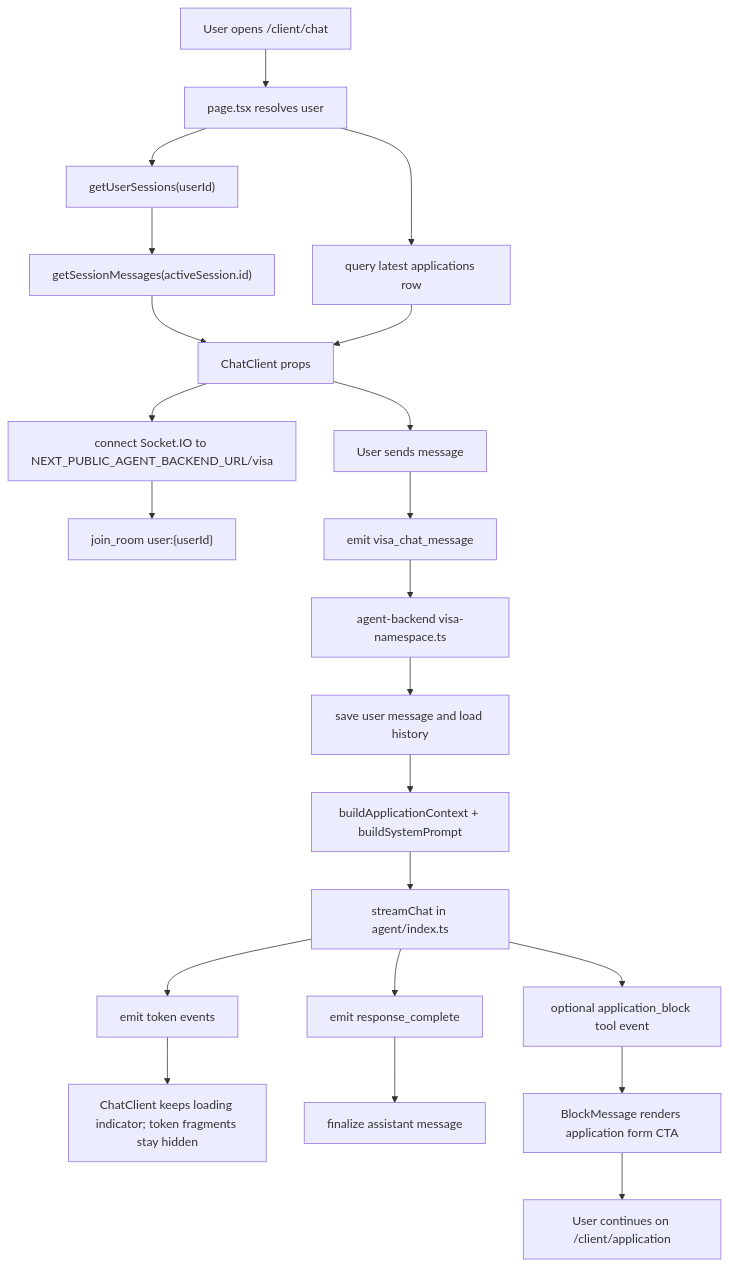
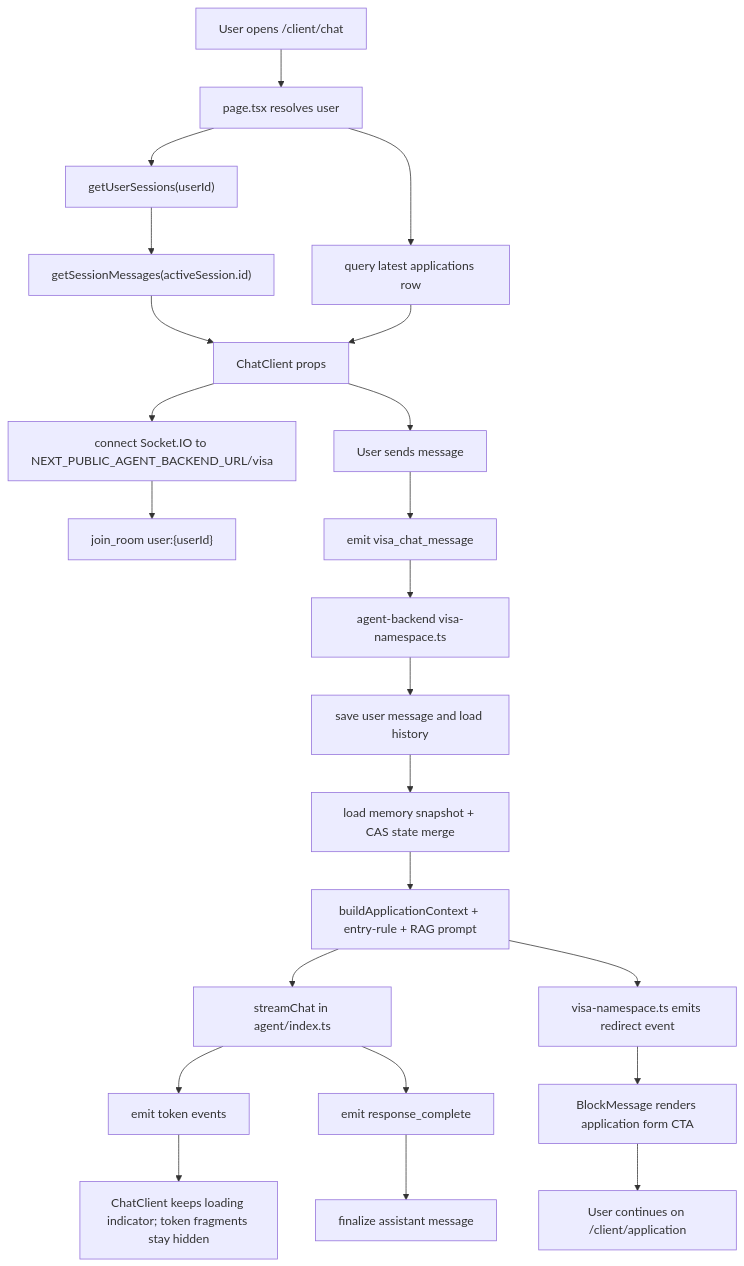
The diagram in docs/viza-ai-chat-development-guide.md (Nanan-Holdings/VIZA-monorepo), drawn with Mermaid before and after one commit. The commit also changed other lines of this file and 34 other files, not shown here.

````diff
--- a/docs/viza-ai-chat-development-guide.md
+++ b/docs/viza-ai-chat-development-guide.md
@@ -53,24 +53,25 @@
 ```mermaid
 flowchart TD
   A["User opens /client/chat"] --> B["page.tsx resolves user"]
   B --> C["getUserSessions(userId)"]
   C --> C2["getSessionMessages(activeSession.id)"]
   B --> D["query latest applications row"]
   C2 --> E["ChatClient props"]
   D --> E
   E --> F["connect Socket.IO to NEXT_PUBLIC_AGENT_BACKEND_URL/visa"]
   F --> G["join_room user:{userId}"]
   E --> H["User sends message"]
   H --> I["emit visa_chat_message"]
   I --> J["agent-backend visa-namespace.ts"]
   J --> K["save user message and load history"]
-  K --> L["buildApplicationContext + buildSystemPrompt"]
+  K --> K2["load memory snapshot + CAS state merge"]
+  K2 --> L["buildApplicationContext + entry-rule + RAG prompt"]
   L --> M["streamChat in agent/index.ts"]
+  L --> P["visa-namespace.ts emits redirect event"]
   M --> N["emit token events"]
   M --> O["emit response_complete"]
-  M --> P["optional application_block tool event"]
   N --> Q["ChatClient keeps loading indicator; token fragments stay hidden"]
   O --> R["finalize assistant message"]
   P --> S["BlockMessage renders application form CTA"]
   S --> T["User continues on /client/application"]
 ```
````
